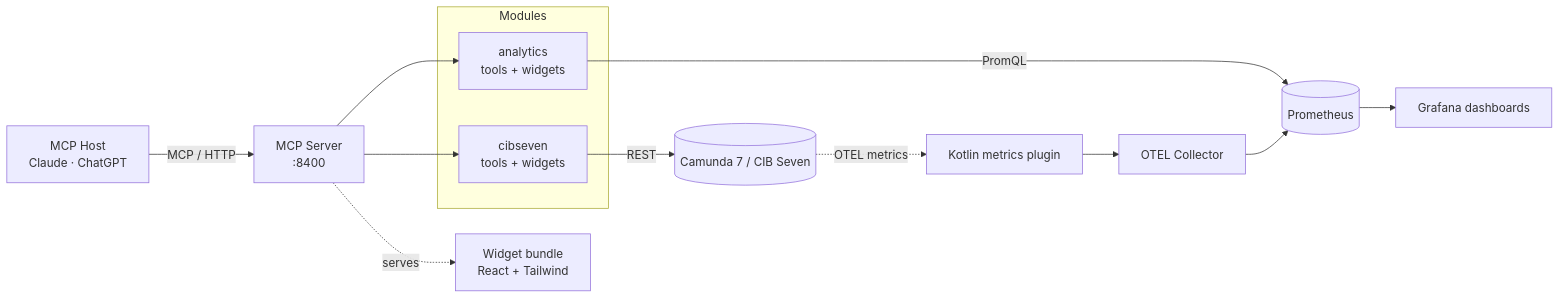
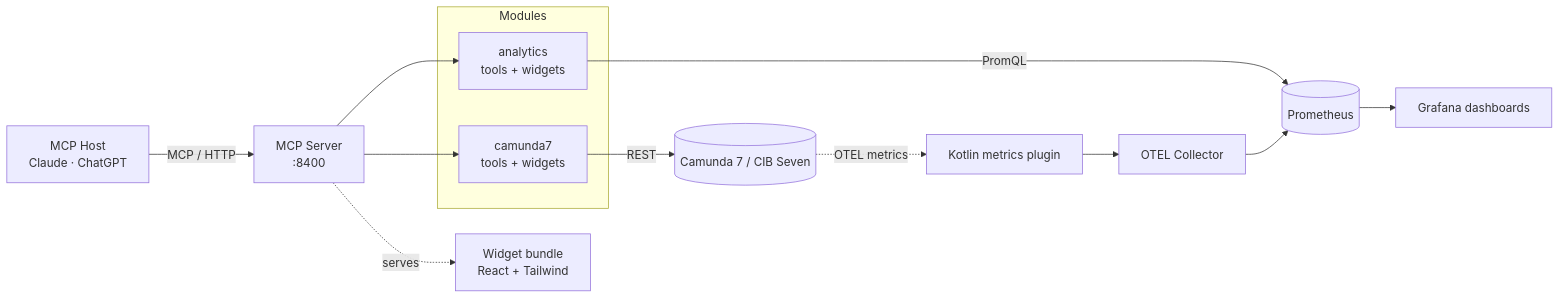
Before and after one commit to Miragon/miragon-ai: the diagram in docs/architecture.md, drawn with Mermaid. The commit also changed other lines of this file and 23 other files, not shown here.

````diff
--- a/docs/architecture.md
+++ b/docs/architecture.md
@@ -10,22 +10,22 @@
 ```mermaid
 flowchart LR
   Host[MCP Host<br/>Claude · ChatGPT] -->|MCP / HTTP| Server[MCP Server<br/>:8400]
 
   subgraph Modules
-    Cibseven[cibseven<br/>tools + widgets]
+    Camunda7[camunda7<br/>tools + widgets]
     Analytics[analytics<br/>tools + widgets]
   end
 
-  Server --> Cibseven
+  Server --> Camunda7
   Server --> Analytics
 
-  Cibseven -->|REST| Engine[(Camunda 7 / CIB Seven)]
+  Camunda7 -->|REST| Engine[(Camunda 7 / CIB Seven)]
   Analytics -->|PromQL| Prom[(Prometheus)]
 
   Engine -. OTEL metrics .-> Plugin[Kotlin metrics plugin]
   Plugin --> Collector[OTEL Collector]
   Collector --> Prom
   Prom --> Grafana[Grafana dashboards]
 
   Server -. serves .-> Widgets[Widget bundle<br/>React + Tailwind]
 ```
````
